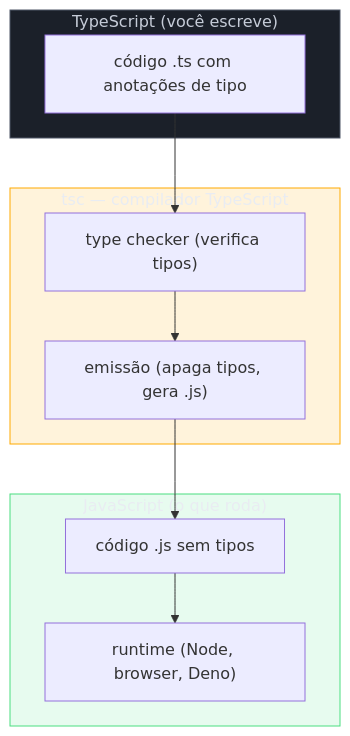
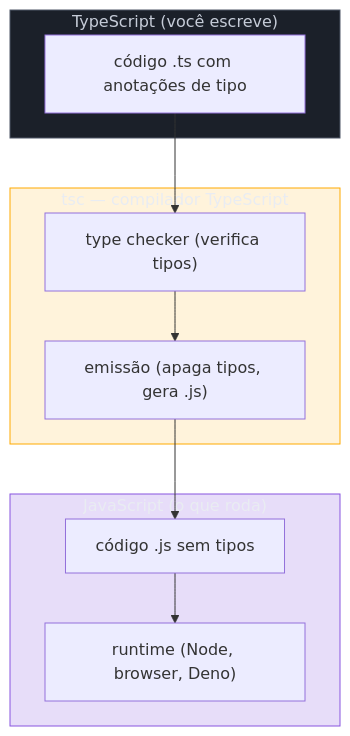
One commit to josenaldo/codex-technomanticus changed the first of 3 diagrams in 03-Dominios/Tecnologia/TypeScript/01 - O que é TypeScript - gradual, estrutural, apagado.md. Above: the diagram before and after it, drawn with Mermaid. The commit also changed other lines of this file and 601 other files, not shown here.

````diff
--- a/03-Dominios/Tecnologia/TypeScript/01 - O que é TypeScript - gradual, estrutural, apagado.md
+++ b/03-Dominios/Tecnologia/TypeScript/01 - O que é TypeScript - gradual, estrutural, apagado.md
@@ -49,26 +49,26 @@
 ```mermaid
 flowchart TD
+    classDef marca fill:#8855DF33,stroke:#8855DF,color:#E9ECF2
     classDef neutro fill:#1B2029,stroke:#4E5666,color:#C6CCD8
     classDef destaque fill:#FFAA0024,stroke:#FFAA00,color:#E9ECF2
-    classDef ok fill:#4ADE8021,stroke:#4ADE80,color:#E9ECF2
     subgraph TS["TypeScript (você escreve)"]
         CODE["código .ts com anotações de tipo"]
     end
     subgraph TSC["tsc — compilador TypeScript"]
         TC["type checker (verifica tipos)"]
         EMIT["emissão (apaga tipos, gera .js)"]
         TC --> EMIT
     end
     subgraph JS["JavaScript (o que roda)"]
         JSOUT["código .js sem tipos"]
         RUNTIME["runtime (Node, browser, Deno)"]
         JSOUT --> RUNTIME
     end
 
     CODE --> TC
     EMIT --> JSOUT
 
     class TS neutro
     class TSC destaque
-    class JS ok
+    class JS marca
 ```
````
